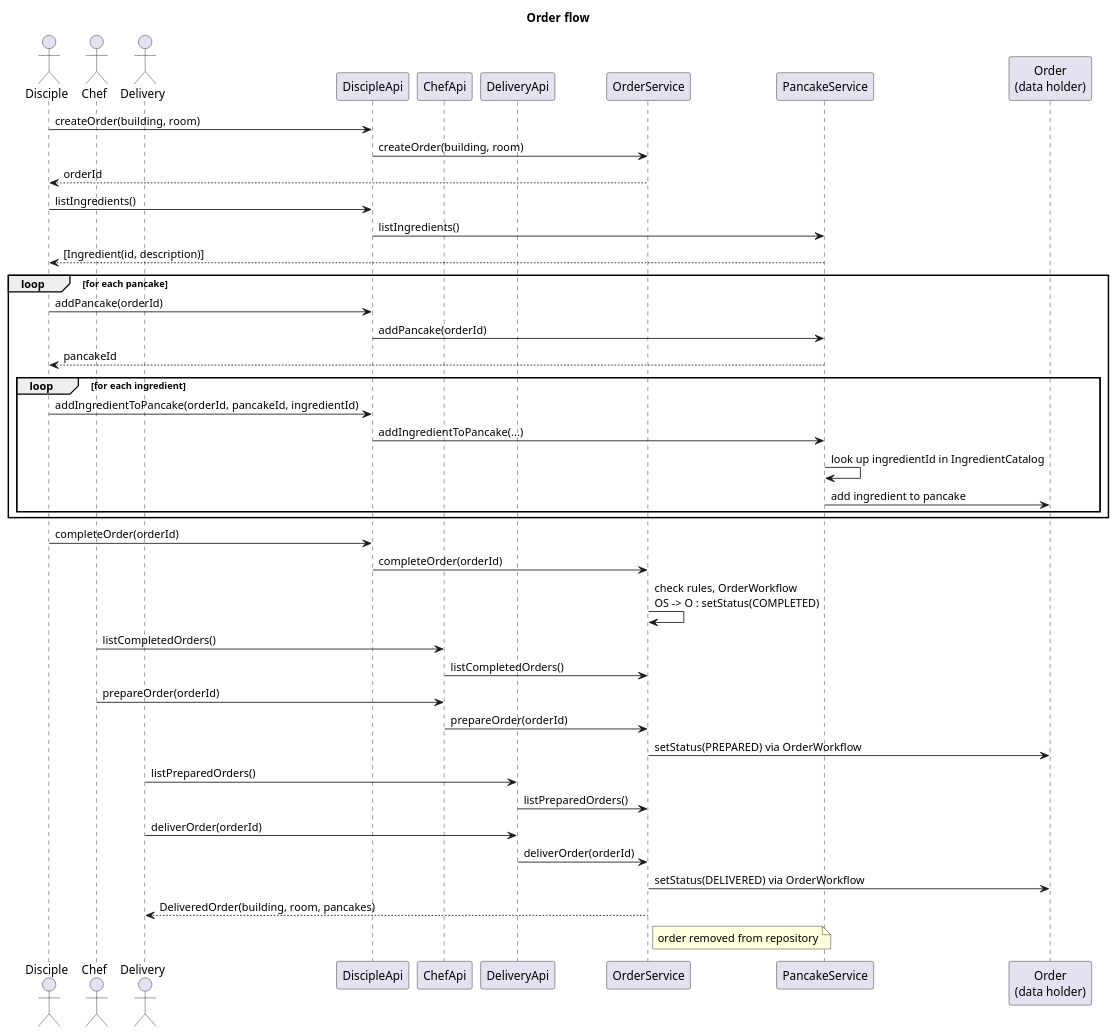
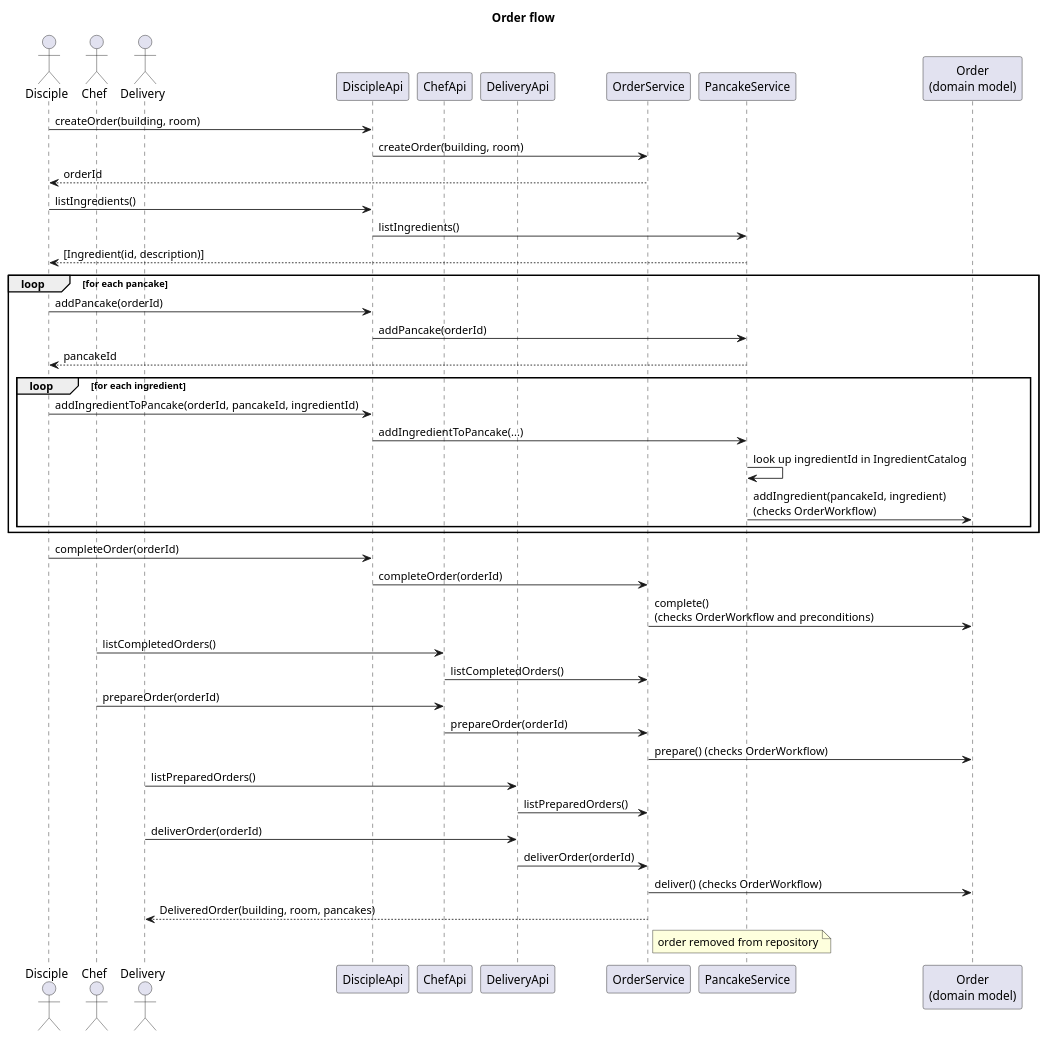
One commit to VigVahanyan/PancakeLab changed the diagram in docs/sequence-diagram.puml. Above: the diagram before and after it, drawn with PlantUML. The commit also changed 32 other files, not shown here.

Commit message:
Make Order a domain model and add generic order logging

```diff
--- a/docs/sequence-diagram.puml
+++ b/docs/sequence-diagram.puml
@@ -1,45 +1,45 @@
 @startuml
 title Order flow
 actor Disciple
 actor Chef
 actor Delivery
 participant DiscipleApi as D
 participant ChefApi as C
 participant DeliveryApi as V
 participant OrderService as OS
 participant PancakeService as PS
-participant "Order\n(data holder)" as O
+participant "Order\n(domain model)" as O
 
 Disciple -> D : createOrder(building, room)
 D -> OS : createOrder(building, room)
 OS --> Disciple : orderId
 Disciple -> D : listIngredients()
 D -> PS : listIngredients()
 PS --> Disciple : [Ingredient(id, description)]
 loop for each pancake
   Disciple -> D : addPancake(orderId)
   D -> PS : addPancake(orderId)
   PS --> Disciple : pancakeId
   loop for each ingredient
     Disciple -> D : addIngredientToPancake(orderId, pancakeId, ingredientId)
     D -> PS : addIngredientToPancake(...)
     PS -> PS : look up ingredientId in IngredientCatalog
-    PS -> O : add ingredient to pancake
+    PS -> O : addIngredient(pancakeId, ingredient)\n(checks OrderWorkflow)
   end
 end
 Disciple -> D : completeOrder(orderId)
 D -> OS : completeOrder(orderId)
-OS -> OS : check rules, OrderWorkflow\nOS -> O : setStatus(COMPLETED)
+OS -> O : complete()\n(checks OrderWorkflow and preconditions)
 Chef -> C : listCompletedOrders()
 C -> OS : listCompletedOrders()
 Chef -> C : prepareOrder(orderId)
 C -> OS : prepareOrder(orderId)
-OS -> O : setStatus(PREPARED) via OrderWorkflow
+OS -> O : prepare() (checks OrderWorkflow)
 Delivery -> V : listPreparedOrders()
 V -> OS : listPreparedOrders()
 Delivery -> V : deliverOrder(orderId)
 V -> OS : deliverOrder(orderId)
-OS -> O : setStatus(DELIVERED) via OrderWorkflow
+OS -> O : deliver() (checks OrderWorkflow)
 OS --> Delivery : DeliveredOrder(building, room, pancakes)
 note right of OS : order removed from repository
 @enduml
```
